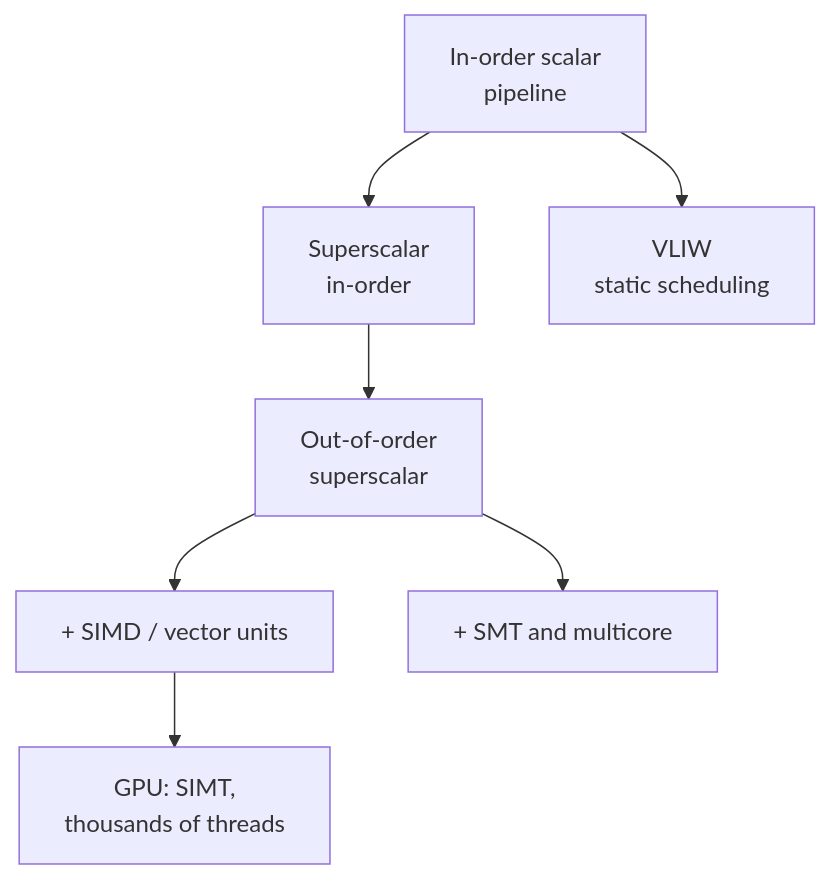
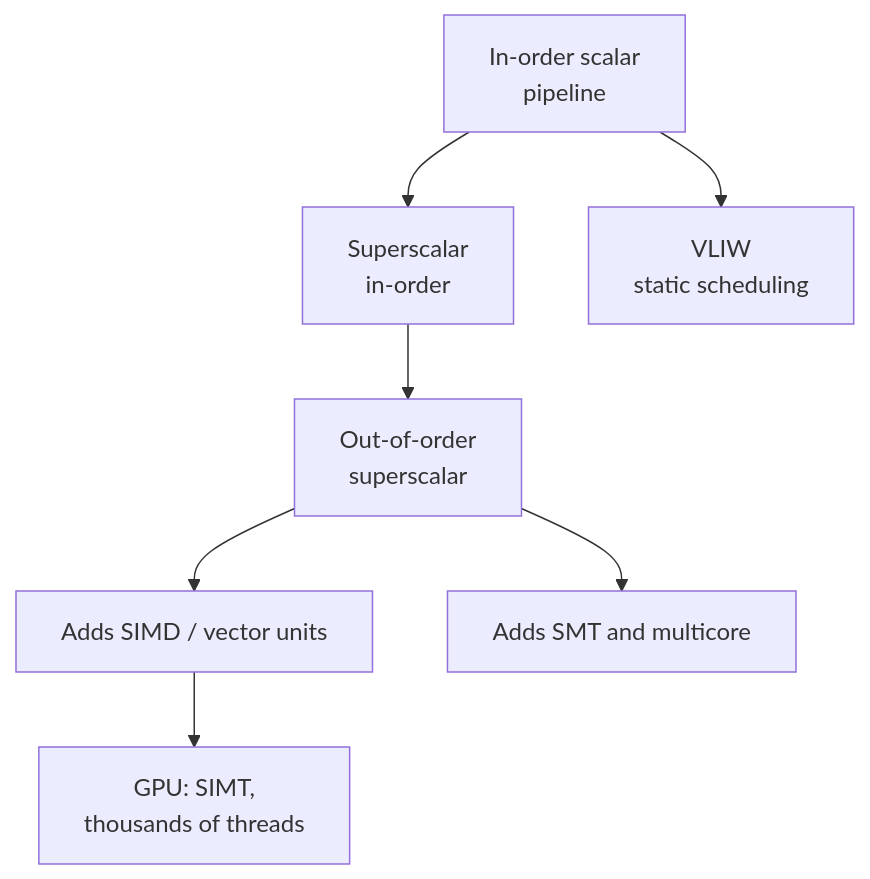
The second of 2 diagrams in content/questions/q0898.md (atallm7/monty-prep), drawn with Mermaid before and after one commit. The commit also changed 2 other files, not shown here.

Commit message:
Fix last audit findings: q0898 mermaid labels, q0368 long inline formula
Claude-Session: https://claude.ai/code/session_019VmRKpXAwF2HUgSwkDKxpf

````diff
--- a/content/questions/q0898.md
+++ b/content/questions/q0898.md
@@ -161,9 +161,9 @@
 ```mermaid
 flowchart TB
   A["In-order scalar<br/>pipeline"] --> B["Superscalar<br/>in-order"]
   B --> C["Out-of-order<br/>superscalar"]
   A --> D["VLIW<br/>static scheduling"]
-  C --> E["+ SIMD / vector units"]
-  C --> F["+ SMT and multicore"]
+  C --> E["Adds SIMD / vector units"]
+  C --> F["Adds SMT and multicore"]
   E --> G["GPU: SIMT,<br/>thousands of threads"]
 ```
````
